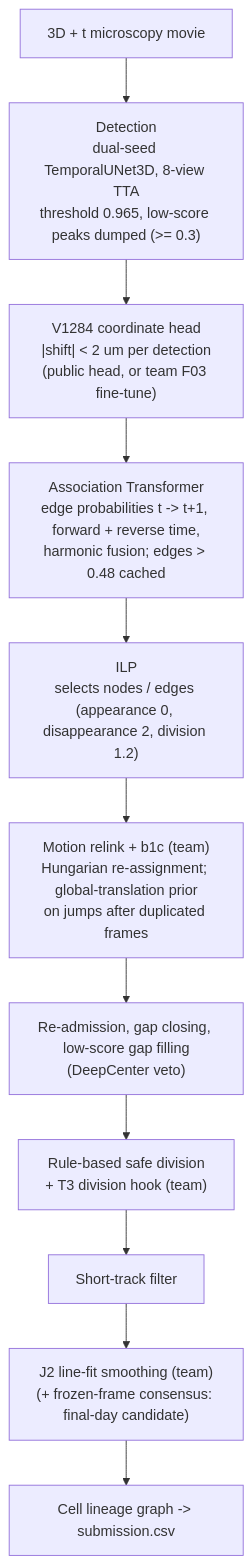
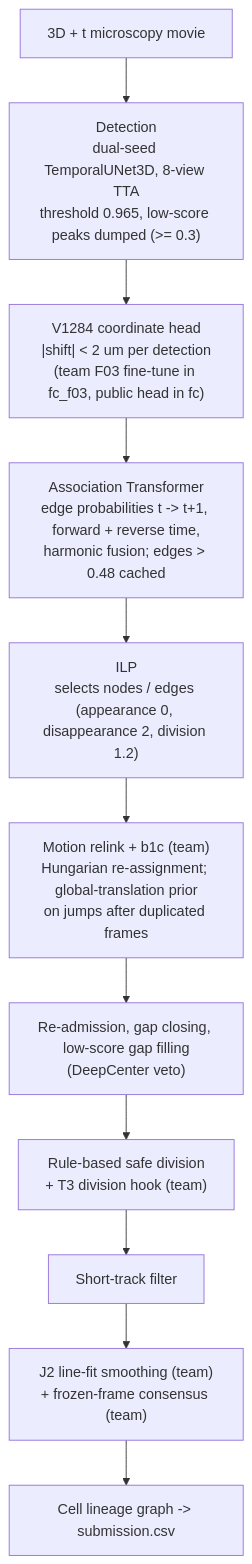
The diagram in docs/solution.md (YamauchiYudai/biohub-cell-tracking-solution), drawn with Mermaid before and after one commit. The commit also changed other lines of this file and 18 other files, not shown here.

First line of the commit message:
Record final selection: fc_f03 (Public 0.966) and fc (Public 0.964)

````diff
--- a/docs/solution.md
+++ b/docs/solution.md
@@ -27,13 +27,13 @@
 ```mermaid
 flowchart TD
     A["3D + t microscopy movie"] --> B["Detection<br/>dual-seed TemporalUNet3D, 8-view TTA<br/>threshold 0.965, low-score peaks dumped (>= 0.3)"]
-    B --> C["V1284 coordinate head<br/>|shift| < 2 um per detection<br/>(public head, or team F03 fine-tune)"]
+    B --> C["V1284 coordinate head<br/>|shift| < 2 um per detection<br/>(team F03 fine-tune in fc_f03, public head in fc)"]
     C --> D["Association Transformer<br/>edge probabilities t -> t+1, forward + reverse time,<br/>harmonic fusion; edges > 0.48 cached"]
     D --> E["ILP<br/>selects nodes / edges (appearance 0, disappearance 2, division 1.2)"]
     E --> F["Motion relink + b1c (team)<br/>Hungarian re-assignment; global-translation prior<br/>on jumps after duplicated frames"]
     F --> G["Re-admission, gap closing, low-score gap filling<br/>(DeepCenter veto)"]
     G --> H["Rule-based safe division<br/>+ T3 division hook (team)"]
     H --> I["Short-track filter"]
-    I --> J["J2 line-fit smoothing (team)<br/>(+ frozen-frame consensus: final-day candidate)"]
+    I --> J["J2 line-fit smoothing (team)<br/>+ frozen-frame consensus (team)"]
     J --> K["Cell lineage graph -> submission.csv"]
 ```
````
